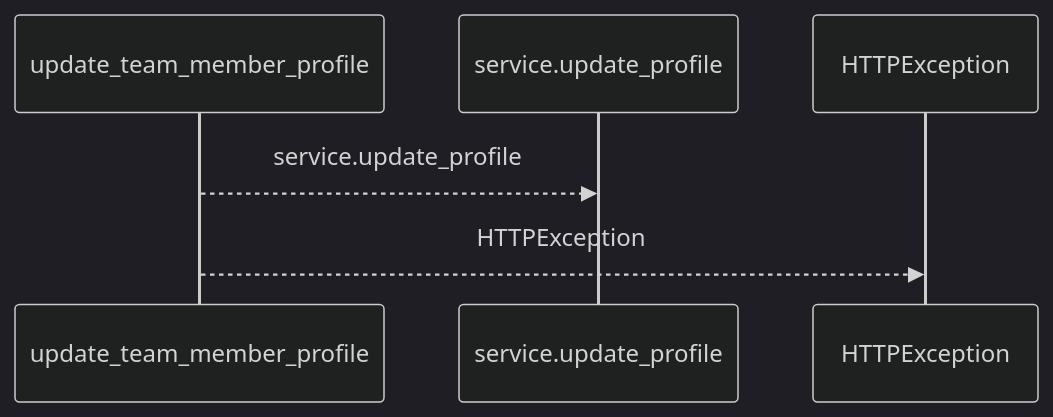
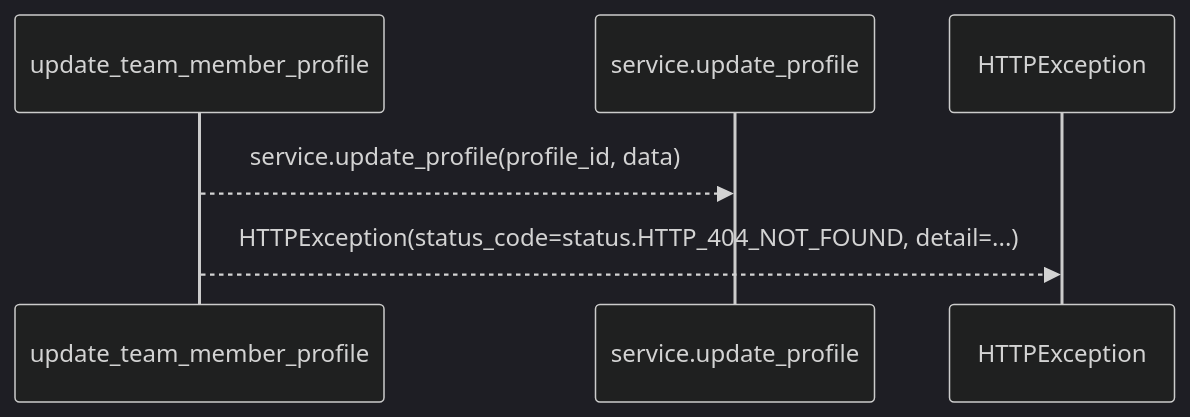
The first of 2 diagrams in docs/llm_wiki/flows/http-update_team_member_profile.md (Denissvgn/WorkChord), drawn with Mermaid (dark theme) before and after one commit. The commit also changed other lines of this file and 25171 other files, not shown here.

````diff
--- a/docs/llm_wiki/flows/http-update_team_member_profile.md
+++ b/docs/llm_wiki/flows/http-update_team_member_profile.md
@@ -10,8 +12,8 @@
 ```mermaid
 sequenceDiagram
     participant p0 as update_team_member_profile
     participant p1 as service.update_profile
     participant p2 as HTTPException
-    p0-->>p1: service.update_profile
-    p0-->>p2: HTTPException
+    p0-->>p1: service.update_profile(profile_id, data)
+    p0-->>p2: HTTPException(status_code=status.HTTP_404_NOT_FOUND, detail=...)
 ```
````
